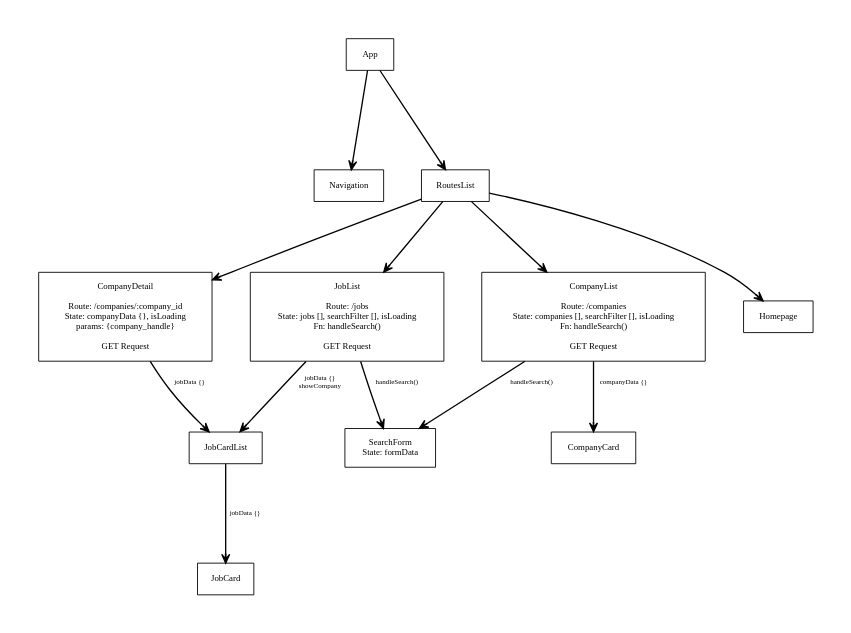
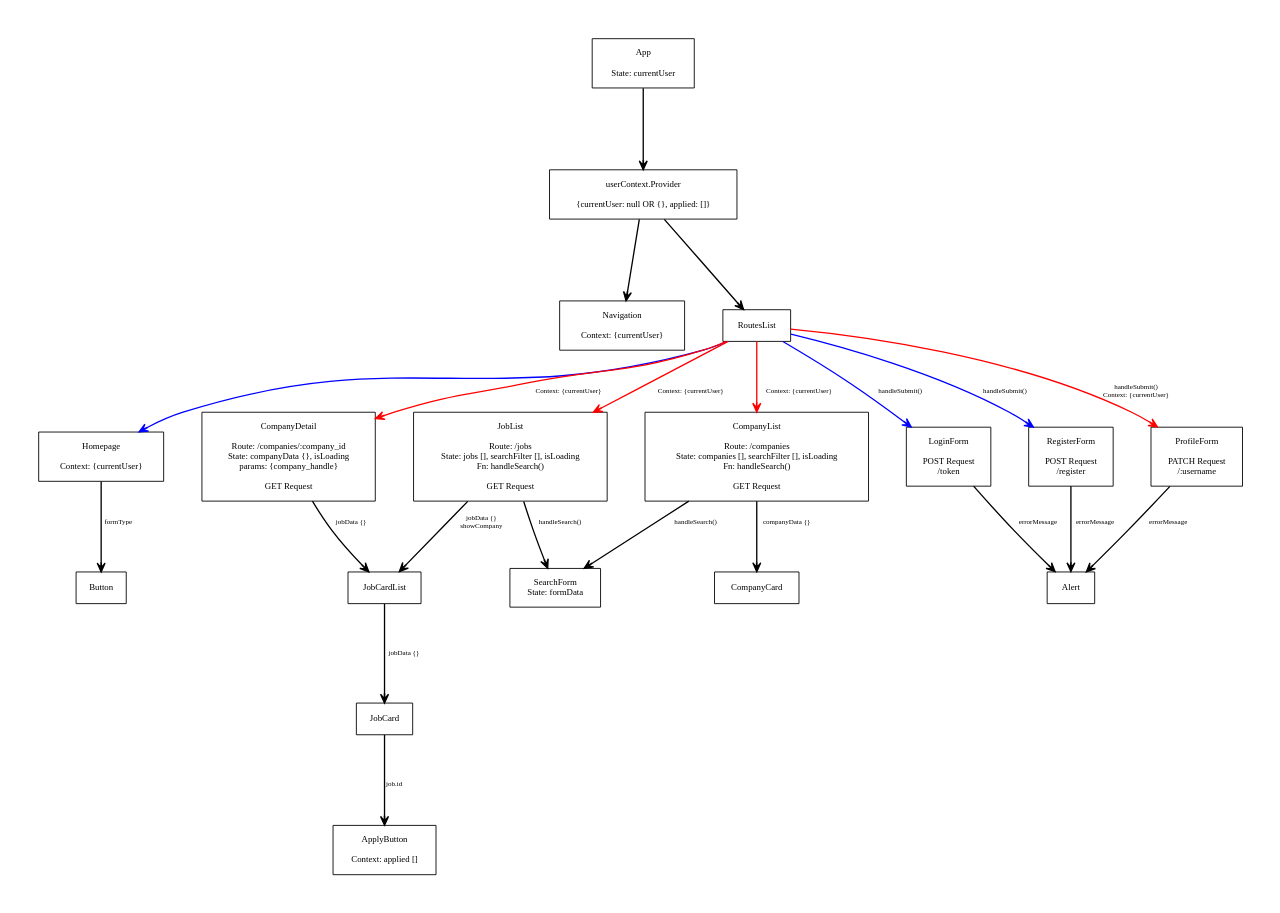
Before and after one commit to thwilson3/jobly-frontend: the diagram in diagram.dot, drawn with Graphviz.

Commit message:
updated component diagram with user login stuff

```diff
--- a/diagram.dot
+++ b/diagram.dot
@@ -1,52 +1,59 @@
 digraph Madlibs {
 
   // Light Mode
   graph [pad="0.5", ranksep="0.4 equally", nodesep="0.6", fontsize="10pt"];
   node [fontsize="10pt", shape="rectangle", margin="0.15"];
   edge [fontsize="8pt", penwidth="1.5", arrowhead="vee"];
 
   // Dark Mode
 //   graph [pad="0.5", ranksep="0.4 equally", nodesep="0.6", fontsize="10pt", bgcolor="black"];
 //   node [fontsize="10pt", shape="rectangle", margin="0.15", fontcolor="white", color="white", fillcolor="gray30", style="filled"];
 //   edge [fontsize="8pt", penwidth="1.5", arrowhead="vee", color="white", fontcolor="white"];
 
   // Nodes & Edges
 
-  App [label="App\n"]
-  NavBar [label="Navigation"]
+  App [label="App\n\nState: currentUser"]
+  ApplyButton [label="ApplyButton\n\nContext: applied []"]
+  Homepage [label="Homepage\n\nContext: {currentUser}"]
+  Context [label="userContext.Provider\n\n{currentUser: null OR {}, applied: []}"]
+  Navigation [label="Navigation\n\nContext: {currentUser}"]
   Routes [label="RoutesList\n"]
   Company [label="CompanyDetail\n\nRoute: /companies/:company_id\nState: companyData {}, isLoading\nparams: {company_handle}\n\nGET Request"]
   JobListing [label="JobList\n\nRoute: /jobs\nState: jobs [], searchFilter [], isLoading\nFn: handleSearch()\n\nGET Request"]
   CompanyListing [label="CompanyList\n\nRoute: /companies\nState: companies [], searchFilter [], isLoading\nFn: handleSearch()\n\nGET Request"]
   SearchBar [label="SearchForm\nState: formData"]
   JobCardList [label="JobCardList"]
+  LoginForm [label="LoginForm\n\nPOST Request\n/token"]
+  RegisterForm [label="RegisterForm\n\nPOST Request\n/register"]
+  ProfileForm [label="ProfileForm\n\nPATCH Request\n/:username"]
 
-
-  App -> NavBar
-  App -> Routes
-  Routes -> CompanyListing
-  Routes -> JobListing
-  Routes -> Company
-  Routes -> Homepage
+  App -> Context -> Navigation, Routes
+  Routes -> JobListing, Company, CompanyListing [label="Context: {currentUser}" color="red"]
+  Routes -> Homepage [color="blue"]
   CompanyListing -> CompanyCard [label="companyData {}"]
 
+  Routes -> RegisterForm, LoginForm [label="handleSubmit()" color="blue"]
+  Routes -> ProfileForm [label="handleSubmit()\nContext: {currentUser}" color="red"]
+  RegisterForm, LoginForm, ProfileForm -> Alert [label="errorMessage"]
 
+  Homepage -> Button [label="formType"]
   JobListing -> JobCardList [label="jobData {}\nshowCompany"]
   Company -> JobCardList -> JobCard [label="jobData {}"]
   JobListing, CompanyListing -> SearchBar [label="handleSearch()"]
+  JobCard -> ApplyButton [label="job.id"]
 //   App -> Game
 
 //   Game -> StoryPicker [label="[titles]\n'buttonLabel'"]
 //   Game -> GameMode [label="{storyData}"]
 
 //   StoryPicker -> Button [label="'buttonLabel'"]
 
 //   GameMode -> Story [label="{storyData}\n'buttonLabel'\nresetStory()\n'storyTitle'"];
 //   GameMode -> StoryForm [label="[fields]\n'buttonLabel'\nsaveStory()"];
 
 //   Story -> Button [label="'buttonLabel'\nresetStory()"];
 //   StoryForm -> RenderFields [label="[fields]"];
 //   StoryForm -> Button [label="'buttonLabel'\nsaveStory()"];
 
 //   RenderFields -> Field [label="onChange()\n[formData]"]
 }
```
